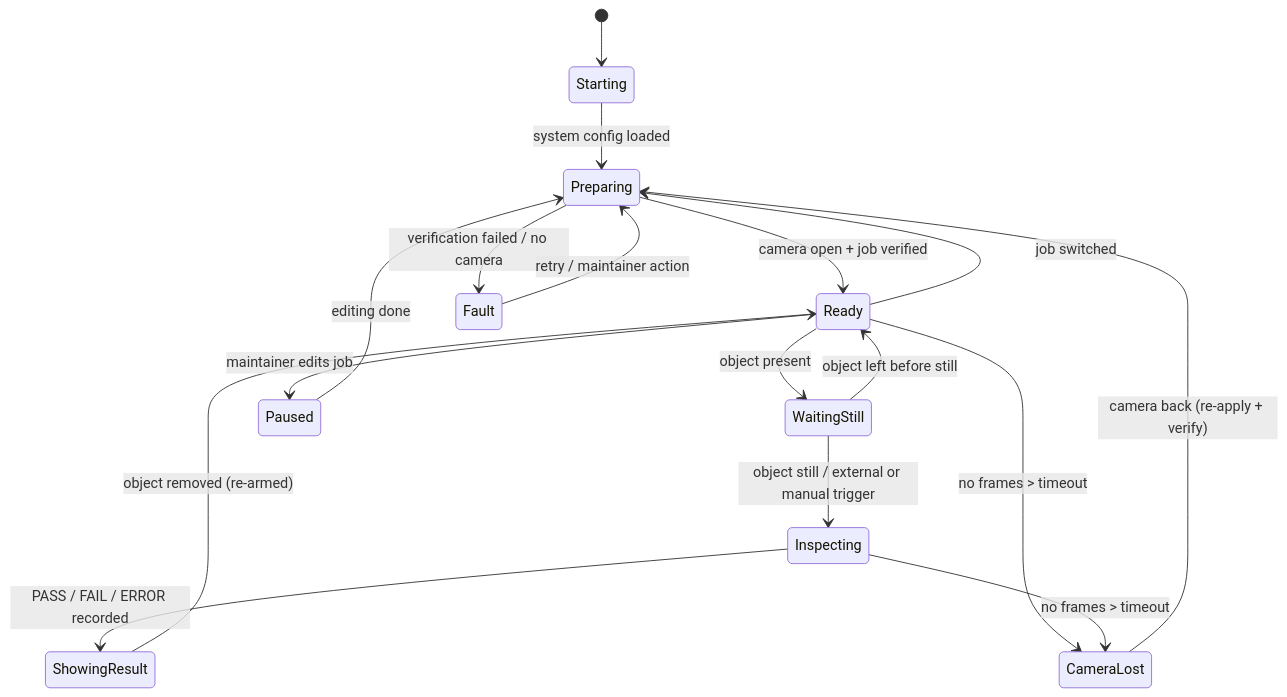
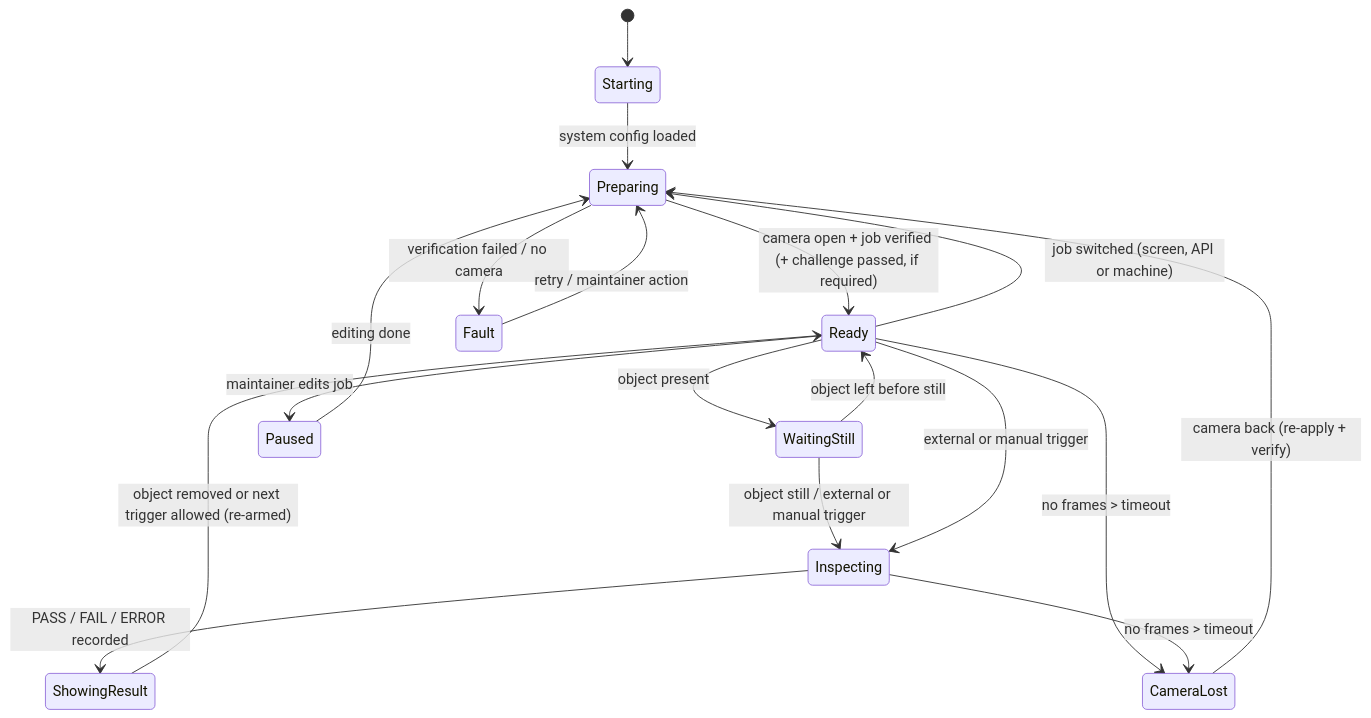
One commit to LucasSiedschlag/vision-station changed the third of 7 diagrams in docs/architecture.md. Above: the diagram before and after it, drawn with Mermaid. The commit also changed other lines of this file and 9 other files, not shown here.

````diff
--- a/docs/architecture.md
+++ b/docs/architecture.md
@@ -341,19 +418,20 @@
 ```mermaid
 stateDiagram-v2
     [*] --> Starting
     Starting --> Preparing: system config loaded
-    Preparing --> Ready: camera open + job verified
+    Preparing --> Ready: camera open + job verified (+ challenge passed, if required)
     Preparing --> Fault: verification failed / no camera
     Ready --> WaitingStill: object present
     WaitingStill --> Ready: object left before still
     WaitingStill --> Inspecting: object still / external or manual trigger
+    Ready --> Inspecting: external or manual trigger
     Inspecting --> ShowingResult: PASS / FAIL / ERROR recorded
-    ShowingResult --> Ready: object removed (re-armed)
-    Ready --> Preparing: job switched
+    ShowingResult --> Ready: object removed or next trigger allowed (re-armed)
+    Ready --> Preparing: job switched (screen, API or machine)
     Ready --> CameraLost: no frames > timeout
     Inspecting --> CameraLost: no frames > timeout
     CameraLost --> Preparing: camera back (re-apply + verify)
     Fault --> Preparing: retry / maintainer action
     Ready --> Paused: maintainer edits job
     Paused --> Preparing: editing done
 ```
````
